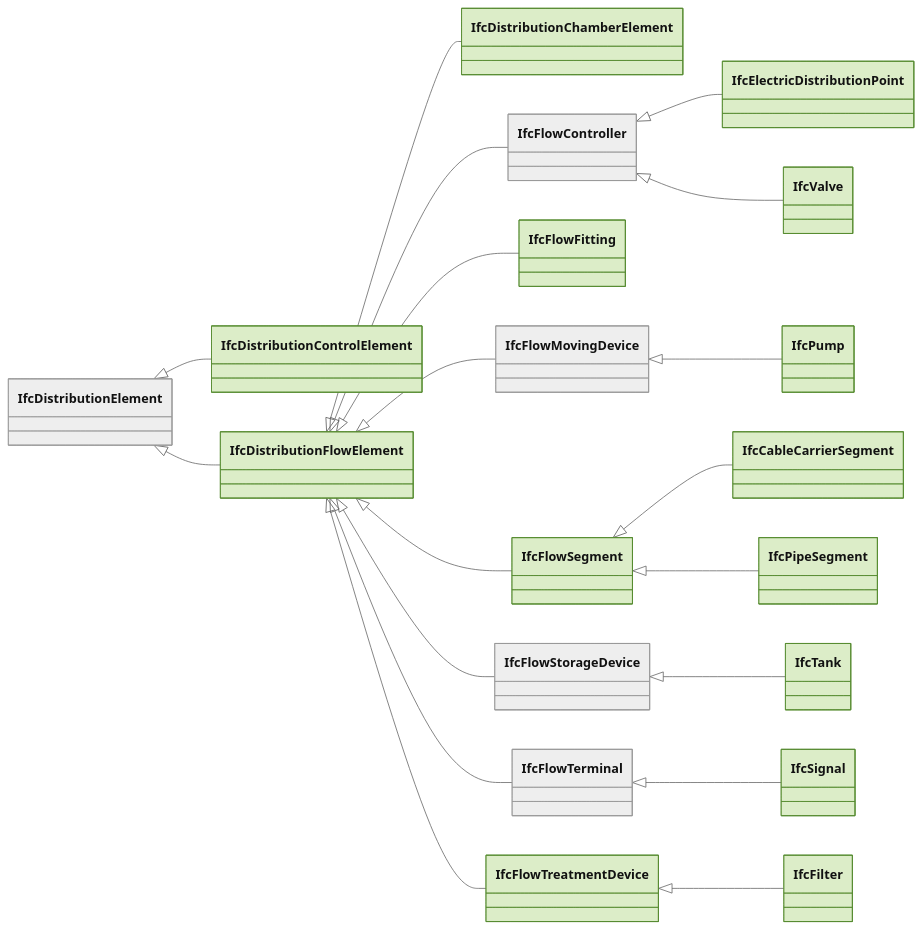
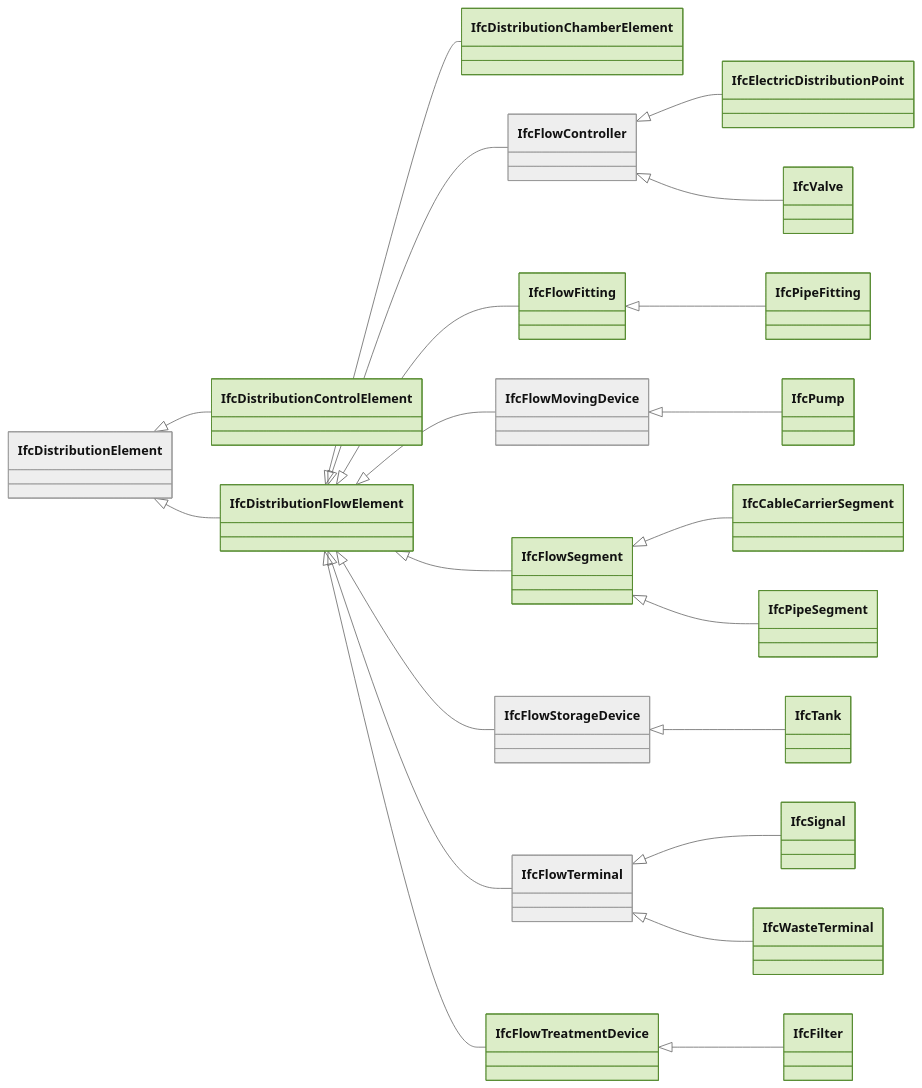
The third of 10 diagrams in docs/ifc/entities-genutzt.md (fabiologe/quagg_page_public), drawn with Mermaid (neutral theme) before and after one commit. The commit also changed other lines of this file and 20 other files, not shown here.

````diff
--- a/docs/ifc/entities-genutzt.md
+++ b/docs/ifc/entities-genutzt.md
@@ -126,36 +126,40 @@
 ```mermaid
 classDiagram
   direction LR
   IfcDistributionElement <|-- IfcDistributionControlElement
   IfcDistributionElement <|-- IfcDistributionFlowElement
   IfcDistributionFlowElement <|-- IfcDistributionChamberElement
   IfcDistributionFlowElement <|-- IfcFlowController
   IfcDistributionFlowElement <|-- IfcFlowFitting
   IfcDistributionFlowElement <|-- IfcFlowMovingDevice
   IfcDistributionFlowElement <|-- IfcFlowSegment
   IfcDistributionFlowElement <|-- IfcFlowStorageDevice
   IfcDistributionFlowElement <|-- IfcFlowTerminal
   IfcDistributionFlowElement <|-- IfcFlowTreatmentDevice
   IfcFlowController <|-- IfcElectricDistributionPoint
   IfcFlowController <|-- IfcValve
+  IfcFlowFitting <|-- IfcPipeFitting
   IfcFlowMovingDevice <|-- IfcPump
   IfcFlowSegment <|-- IfcCableCarrierSegment
   IfcFlowSegment <|-- IfcPipeSegment
   IfcFlowStorageDevice <|-- IfcTank
   IfcFlowTerminal <|-- IfcSignal
+  IfcFlowTerminal <|-- IfcWasteTerminal
   IfcFlowTreatmentDevice <|-- IfcFilter
   style IfcCableCarrierSegment fill:#dcedc8,stroke:#558b2f
   style IfcDistributionChamberElement fill:#dcedc8,stroke:#558b2f
   style IfcDistributionControlElement fill:#dcedc8,stroke:#558b2f
   style IfcDistributionFlowElement fill:#dcedc8,stroke:#558b2f
   style IfcElectricDistributionPoint fill:#dcedc8,stroke:#558b2f
   style IfcFilter fill:#dcedc8,stroke:#558b2f
   style IfcFlowFitting fill:#dcedc8,stroke:#558b2f
   style IfcFlowSegment fill:#dcedc8,stroke:#558b2f
   style IfcFlowTreatmentDevice fill:#dcedc8,stroke:#558b2f
+  style IfcPipeFitting fill:#dcedc8,stroke:#558b2f
   style IfcPipeSegment fill:#dcedc8,stroke:#558b2f
   style IfcPump fill:#dcedc8,stroke:#558b2f
   style IfcSignal fill:#dcedc8,stroke:#558b2f
   style IfcTank fill:#dcedc8,stroke:#558b2f
   style IfcValve fill:#dcedc8,stroke:#558b2f
+  style IfcWasteTerminal fill:#dcedc8,stroke:#558b2f
 ```
````
